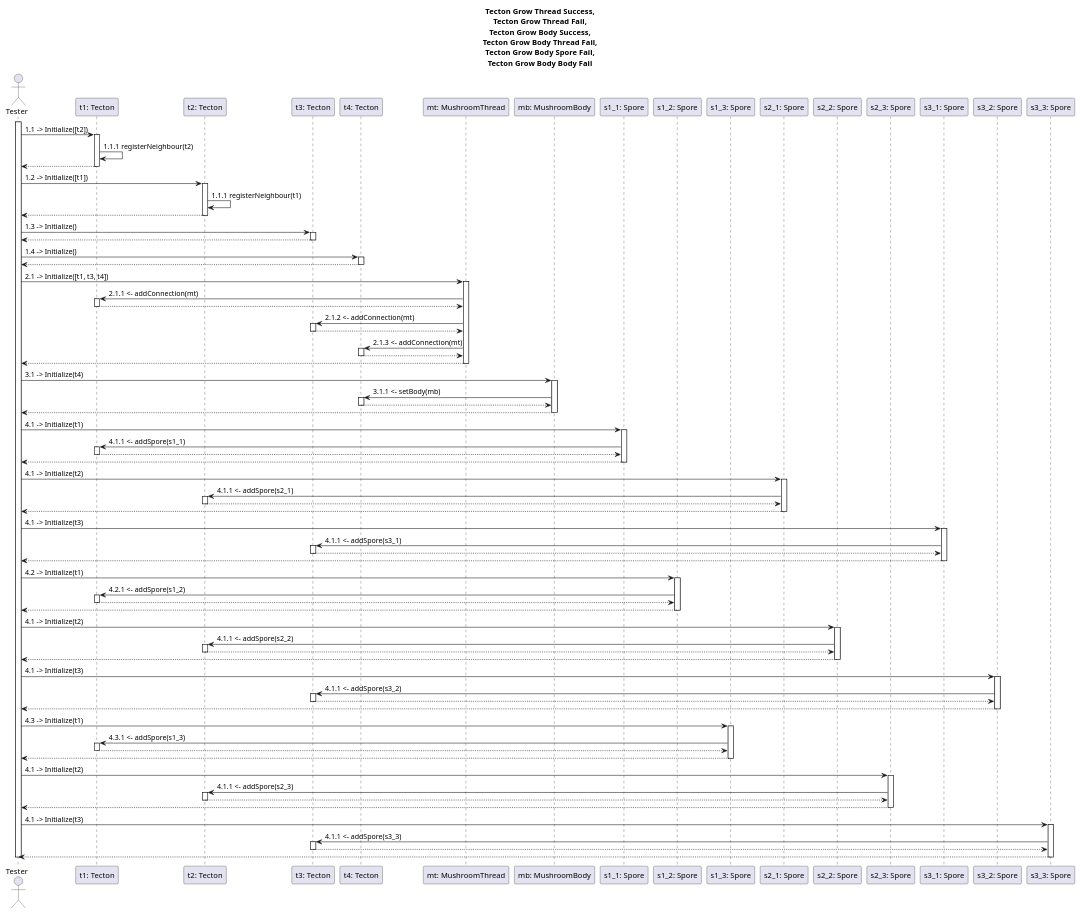
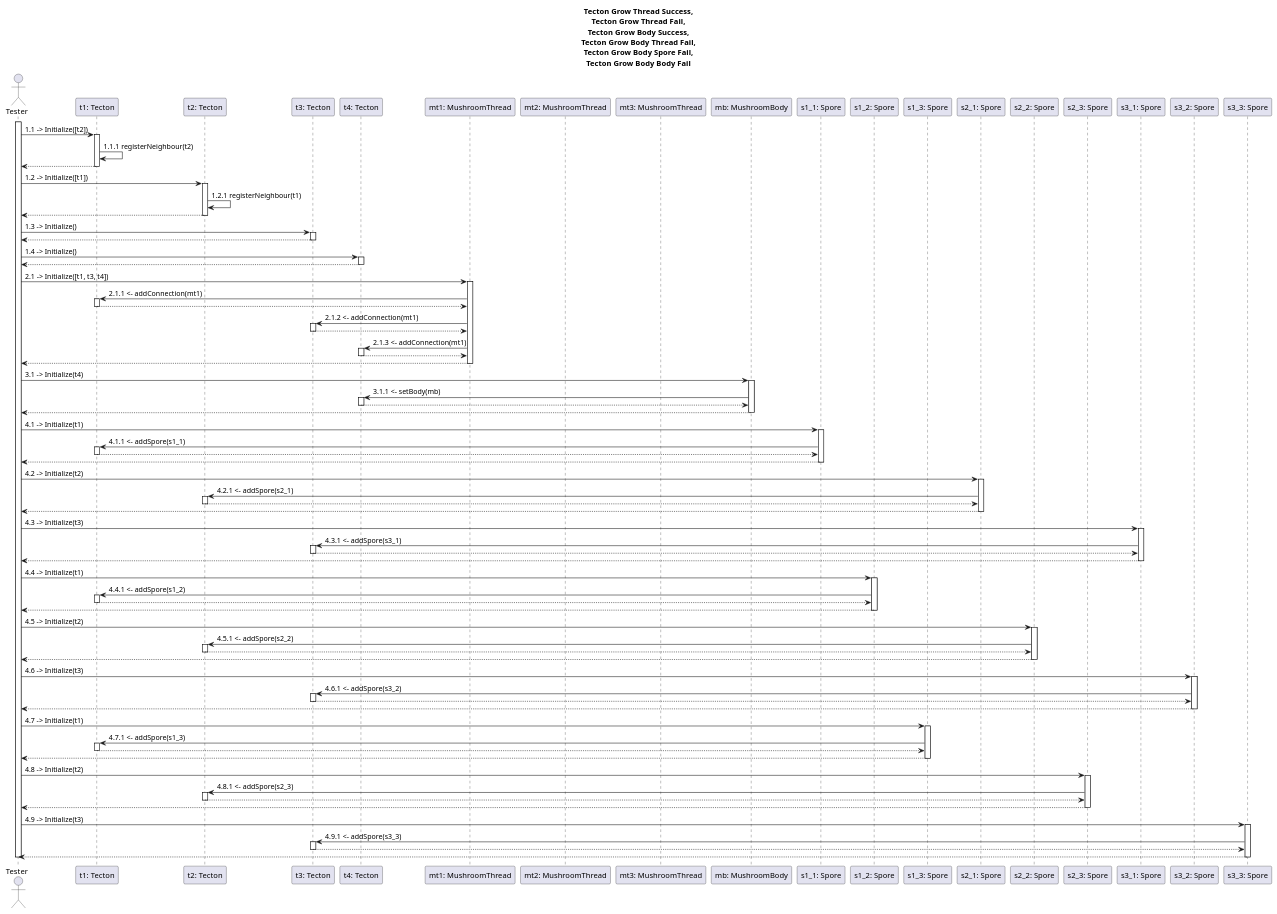
One commit to dzsem/projlab changed the diagram in diagrams/communication/tecton3.puml. Above: the diagram before and after it, drawn with PlantUML. The commit also changed other lines of this file, not shown here.

Commit message:
fixed numbering on tecton5.puml

```diff
--- a/diagrams/communication/tecton3.puml
+++ b/diagrams/communication/tecton3.puml
@@ -16,7 +16,9 @@
 participant "t2: Tecton" as t2
 participant "t3: Tecton" as t3
 participant "t4: Tecton" as t4
-participant "mt: MushroomThread" as mt
+participant "mt1: MushroomThread" as mt1
+participant "mt2: MushroomThread" as mt2
+participant "mt3: MushroomThread" as mt3
 participant "mb: MushroomBody" as mb
 participant "s1_1: Spore" as s1_1
 participant "s1_2: Spore" as s1_2
@@ -45,7 +47,7 @@
 ts -> t2: 1.2 -> Initialize([t1])
 activate t2
 
-t2 -> t2: 1.1.1 registerNeighbour(t1)
+t2 -> t2: 1.2.1 registerNeighbour(t1)
 
 ts <-- t2
 deactivate t2
@@ -66,26 +68,26 @@
 
 ' ------------------------------------------
 ' thread: t1, t3, t4-en nő
-ts -> mt: 2.1 -> Initialize([t1, t3, t4])
-activate mt
+ts -> mt1: 2.1 -> Initialize([t1, t3, t4])
+activate mt1
 
-mt -> t1: 2.1.1 <- addConnection(mt)
+mt1 -> t1: 2.1.1 <- addConnection(mt1)
 activate t1
-mt <-- t1
+mt1 <-- t1
 deactivate t1
 
-mt -> t3: 2.1.2 <- addConnection(mt)
+mt1 -> t3: 2.1.2 <- addConnection(mt1)
 activate t3
-mt <-- t3
+mt1 <-- t3
 deactivate t3
 
-mt -> t4: 2.1.3 <- addConnection(mt)
+mt1 -> t4: 2.1.3 <- addConnection(mt1)
 activate t4
-mt <-- t4
+mt1 <-- t4
 deactivate t4
 
-ts <-- mt
-deactivate mt
+ts <-- mt1
+deactivate mt1
 
 ' ------------------------------------------
 ' body: t4-en nő
@@ -115,10 +117,10 @@
 
 ' ------------------------------------------
 ' s2_1: t2-n
-ts -> s2_1: 4.1 -> Initialize(t2)
+ts -> s2_1: 4.2 -> Initialize(t2)
 activate s2_1
 
-s2_1 -> t2: 4.1.1 <- addSpore(s2_1)
+s2_1 -> t2: 4.2.1 <- addSpore(s2_1)
 activate t2
 s2_1 <-- t2
 deactivate t2
@@ -128,10 +130,10 @@
 
 ' ------------------------------------------
 ' s3_1: t3-on
-ts -> s3_1: 4.1 -> Initialize(t3)
+ts -> s3_1: 4.3 -> Initialize(t3)
 activate s3_1
 
-s3_1 -> t3: 4.1.1 <- addSpore(s3_1)
+s3_1 -> t3: 4.3.1 <- addSpore(s3_1)
 activate t3
 s3_1 <-- t3
 deactivate t3
@@ -141,10 +143,10 @@
 
 ' ------------------------------------------
 ' s1_2: t1-en
-ts -> s1_2: 4.2 -> Initialize(t1)
+ts -> s1_2: 4.4 -> Initialize(t1)
 activate s1_2
 
-s1_2 -> t1: 4.2.1 <- addSpore(s1_2)
+s1_2 -> t1: 4.4.1 <- addSpore(s1_2)
 activate t1
 s1_2 <-- t1
 deactivate t1
@@ -154,10 +156,10 @@
 
 ' ------------------------------------------
 ' s2_2: t2-n
-ts -> s2_2: 4.1 -> Initialize(t2)
+ts -> s2_2: 4.5 -> Initialize(t2)
 activate s2_2
 
-s2_2 -> t2: 4.1.1 <- addSpore(s2_2)
+s2_2 -> t2: 4.5.1 <- addSpore(s2_2)
 activate t2
 s2_2 <-- t2
 deactivate t2
@@ -167,10 +169,10 @@
 
 ' ------------------------------------------
 ' s3_2: t3-on
-ts -> s3_2: 4.1 -> Initialize(t3)
+ts -> s3_2: 4.6 -> Initialize(t3)
 activate s3_2
 
-s3_2 -> t3: 4.1.1 <- addSpore(s3_2)
+s3_2 -> t3: 4.6.1 <- addSpore(s3_2)
 activate t3
 s3_2 <-- t3
 deactivate t3
@@ -180,10 +182,10 @@
 
 ' ------------------------------------------
 ' s1_3: t1-en
-ts -> s1_3: 4.3 -> Initialize(t1)
+ts -> s1_3: 4.7 -> Initialize(t1)
 activate s1_3
 
-s1_3 -> t1: 4.3.1 <- addSpore(s1_3)
+s1_3 -> t1: 4.7.1 <- addSpore(s1_3)
 activate t1
 s1_3 <-- t1
 deactivate t1
@@ -193,10 +195,10 @@
 
 ' ------------------------------------------
 ' s2_3: t2-n
-ts -> s2_3: 4.1 -> Initialize(t2)
+ts -> s2_3: 4.8 -> Initialize(t2)
 activate s2_3
 
-s2_3 -> t2: 4.1.1 <- addSpore(s2_3)
+s2_3 -> t2: 4.8.1 <- addSpore(s2_3)
 activate t2
 s2_3 <-- t2
 deactivate t2
@@ -206,10 +208,10 @@
 
 ' ------------------------------------------
 ' s3_3: t3-on
-ts -> s3_3: 4.1 -> Initialize(t3)
+ts -> s3_3: 4.9 -> Initialize(t3)
 activate s3_3
 
-s3_3 -> t3: 4.1.1 <- addSpore(s3_3)
+s3_3 -> t3: 4.9.1 <- addSpore(s3_3)
 activate t3
 s3_3 <-- t3
 deactivate t3
```
